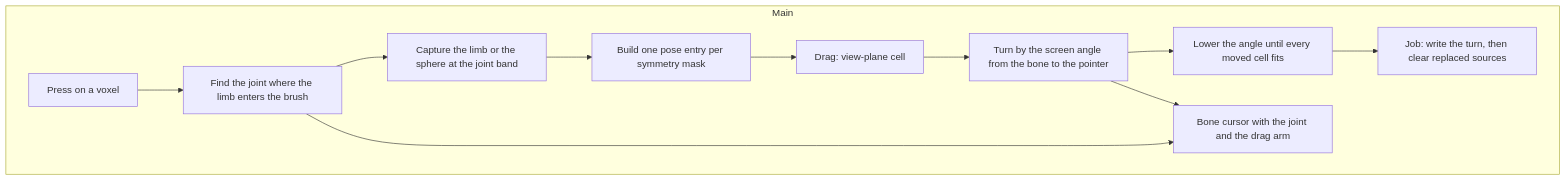
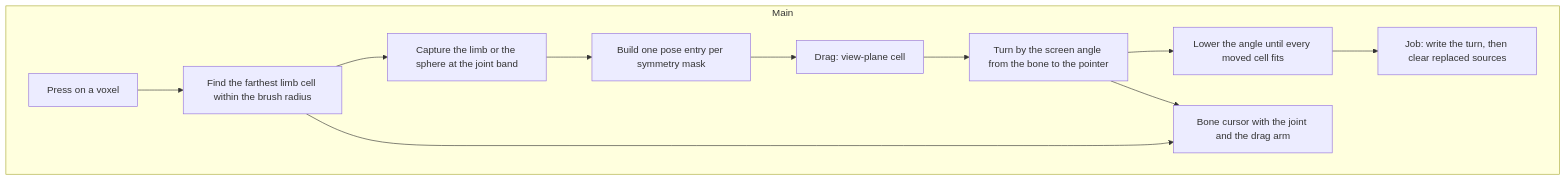
The third of 3 diagrams in docs/agents/tool-flows/deform.md (LeonardMeagher2/LVE), drawn with Mermaid before and after one commit. The commit also changed other lines of this file and 10 other files, not shown here.

First line of the commit message:
Make the pose base the limb root and call the deform brush a size

````diff
--- a/docs/agents/tool-flows/deform.md
+++ b/docs/agents/tool-flows/deform.md
@@ -139,17 +139,17 @@
 ```mermaid
 flowchart TD
   subgraph Main["Main"]
     P1["Press on a voxel"]
-    P2["Find the joint where the limb enters the brush"]
+    P2["Find the farthest limb cell within the brush radius"]
     P3["Capture the limb or the sphere at the joint band"]
     P4["Build one pose entry per symmetry mask"]
     P5["Drag: view-plane cell"]
     P6["Turn by the screen angle from the bone to the pointer"]
     P7["Lower the angle until every moved cell fits"]
     P8["Job: write the turn, then clear replaced sources"]
     P9["Bone cursor with the joint and the drag arm"]
   end
   P1 --> P2 --> P3 --> P4 --> P5 --> P6 --> P7 --> P8
   P2 --> P9
   P6 --> P9
 ```
````
